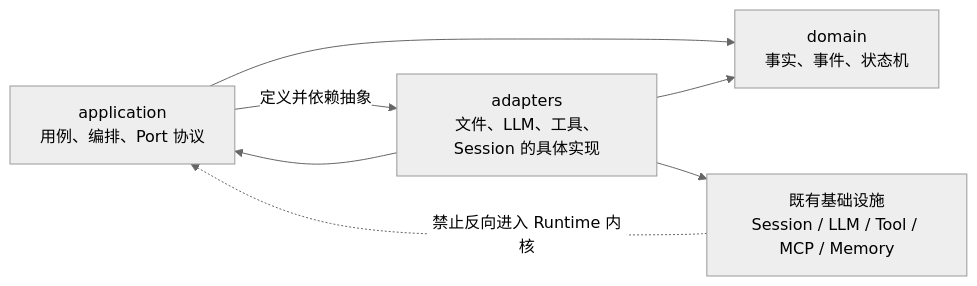
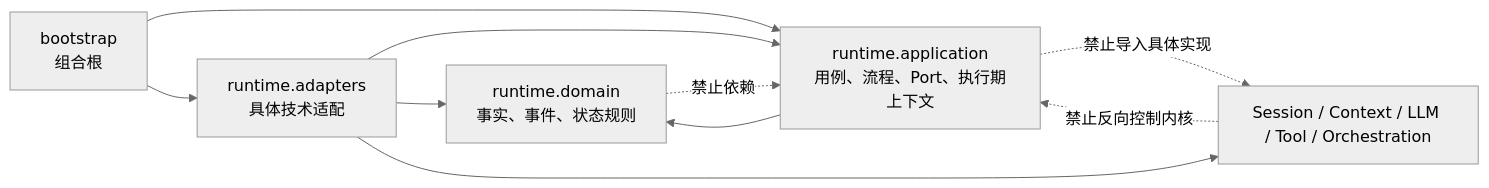
Before and after one commit to aandbcct/dotClaw: the third of 14 diagrams in docs/wiki/Runtime 模块总体说明.md, drawn with Mermaid (neutral theme). The commit also changed other lines of this file and 6 other files, not shown here.

````diff
--- a/docs/wiki/Runtime 模块总体说明.md
+++ b/docs/wiki/Runtime 模块总体说明.md
@@ -60,14 +244,19 @@
 ```mermaid
 flowchart LR
-    Domain["domain\n事实、事件、状态机"]
-    Application["application\n用例、编排、Port 协议"]
-    Adapters["adapters\n文件、LLM、工具、Session 的具体实现"]
-    External["既有基础设施\nSession / LLM / Tool / MCP / Memory"]
+    Domain["runtime.domain<br/>事实、事件、状态规则"]
+    Application["runtime.application<br/>用例、流程、Port、执行期上下文"]
+    Adapters["runtime.adapters<br/>具体技术适配"]
+    External["Session / Context / LLM / Tool / Orchestration"]
+    Bootstrap["bootstrap<br/>组合根"]
 
     Application --> Domain
-    Application -->|"定义并依赖抽象"| Adapters
     Adapters --> Application
     Adapters --> Domain
     Adapters --> External
-    External -. "禁止反向进入 Runtime 内核" .-> Application
+    Bootstrap --> Application
+    Bootstrap --> Adapters
+
+    Domain -.禁止依赖.-> Application
+    Application -.禁止导入具体实现.-> External
+    External -.禁止反向控制内核.-> Application
 ```
````
